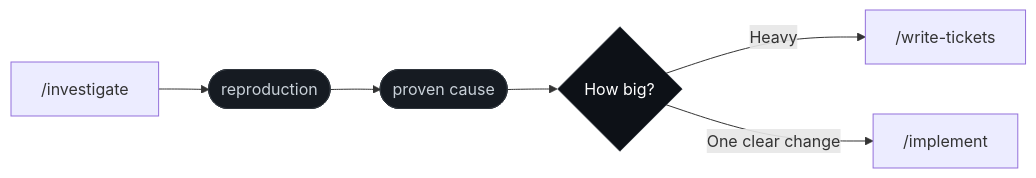
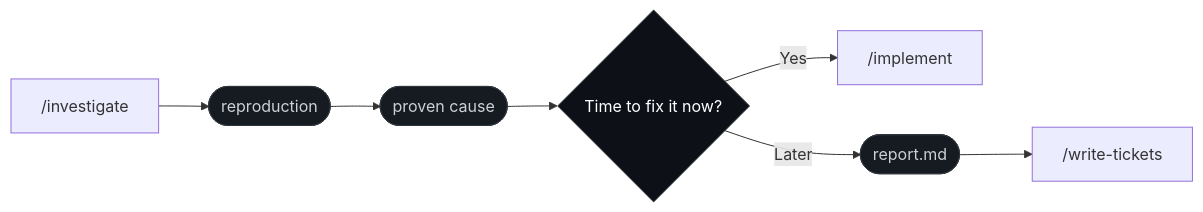
One commit to NickDabizaz/skills changed the fifth of 6 diagrams in README.md. Above: the diagram before and after it, drawn with Mermaid. The commit also changed other lines of this file and 8 other files, not shown here.

First line of the commit message:
feat(skills): persist the investigate report and hand it to write-tickets

````diff
--- a/README.md
+++ b/README.md
@@ -211,9 +211,10 @@
 ```mermaid
 flowchart LR
-    A["/investigate"] --> B(["reproduction"]) --> C(["proven cause"]) --> D{"How big?"}
-    D -->|"Heavy"| E["/write-tickets"]
-    D -->|"One clear change"| F["/implement"]
+    A["/investigate"] --> B(["reproduction"]) --> C(["proven cause"]) --> D{"Time to fix it now?"}
+    D -->|"Yes"| F["/implement"]
+    D -->|"Later"| G(["report.md"]) --> E["/write-tickets"]
     style B fill:#161b22,color:#c9d1d9,stroke:#30363d
     style C fill:#161b22,color:#c9d1d9,stroke:#30363d
+    style G fill:#161b22,color:#c9d1d9,stroke:#30363d
     style D fill:#0d1117,color:#fff,stroke:#30363d
 ```
````
